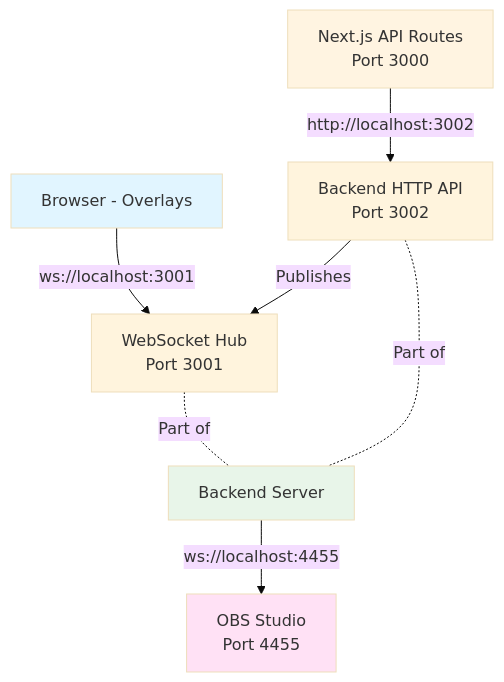
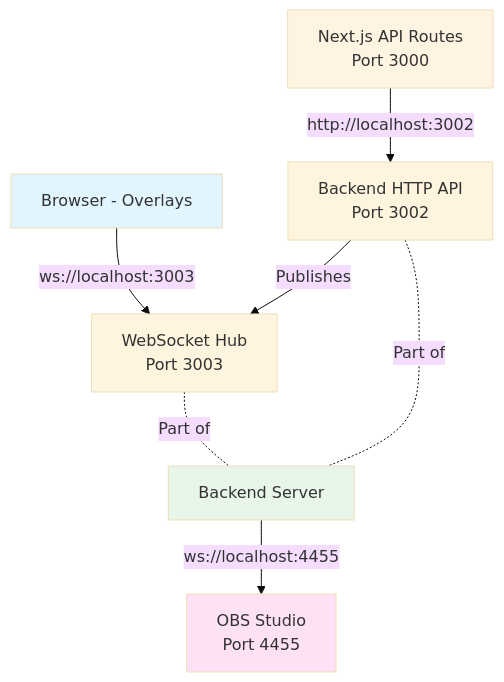
The diagram in ARCHITECTURE-FINAL.md (JulienCr/obs-live-suite), drawn with Mermaid (base theme) before and after one commit. The commit also changed other lines of this file and 10 other files, not shown here.

First line of the commit message:
docs: update WebSocket port to 3003 in all documentation

````diff
--- a/ARCHITECTURE-FINAL.md
+++ b/ARCHITECTURE-FINAL.md
@@ -44,14 +44,14 @@
 ```mermaid
 graph TB
-    Browser[Browser - Overlays] -->|ws://localhost:3001| WSHub[WebSocket Hub<br/>Port 3001]
+    Browser[Browser - Overlays] -->|ws://localhost:3003| WSHub[WebSocket Hub<br/>Port 3003]
     NextJS[Next.js API Routes<br/>Port 3000] -->|http://localhost:3002| BackendAPI[Backend HTTP API<br/>Port 3002]
     BackendAPI -->|Publishes| WSHub
     Backend[Backend Server] -->|ws://localhost:4455| OBS[OBS Studio<br/>Port 4455]
     WSHub -.Part of.- Backend
     BackendAPI -.Part of.- Backend
     
     style Browser fill:#e1f5ff
     style NextJS fill:#fff4e1
     style Backend fill:#e8f5e9
     style OBS fill:#ffe1f5
 ```
````
